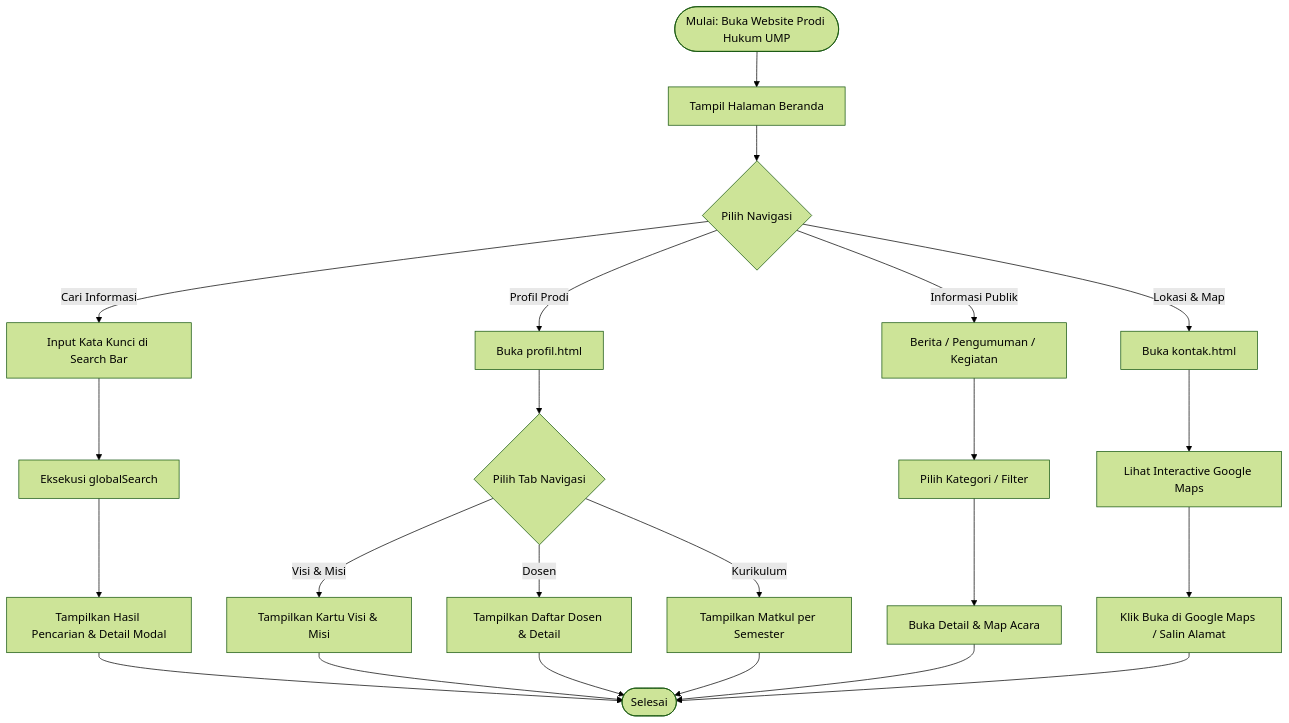
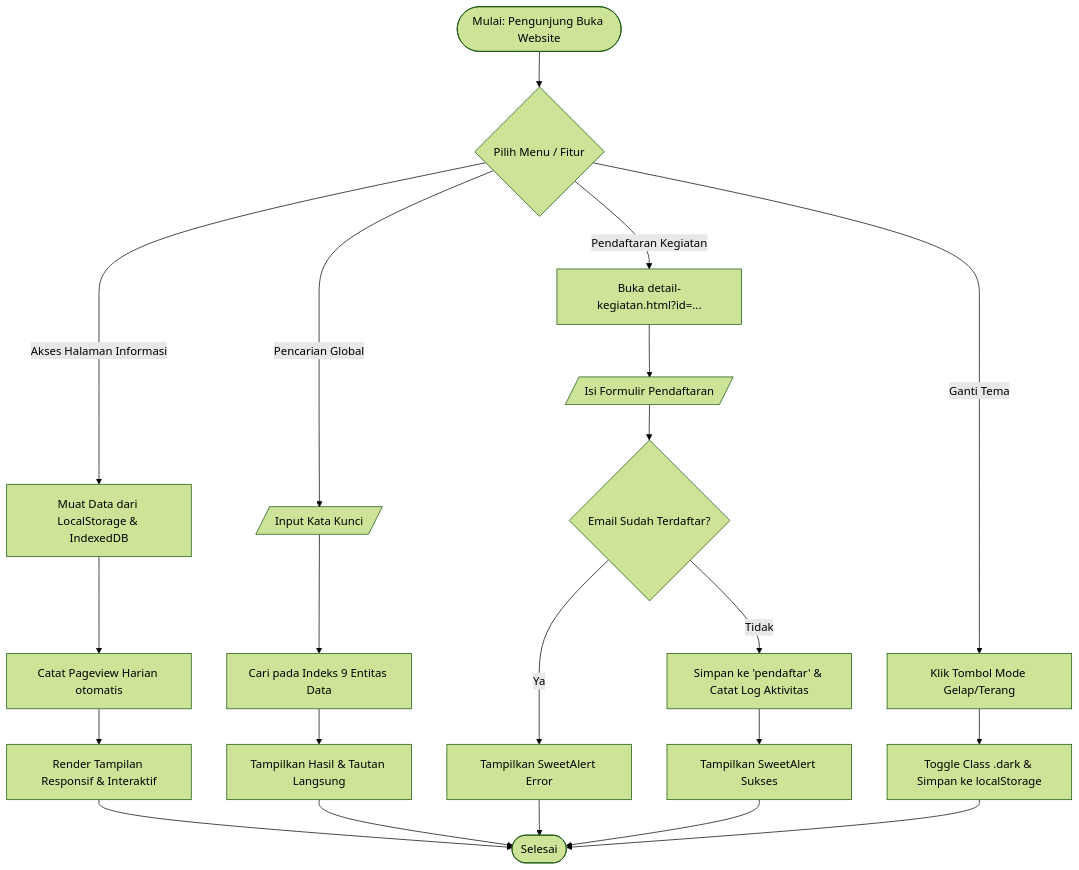
The fourth of 5 diagrams in README.md (ipo-rk/Perancangan-Dan-Pengembangan-website-profil-UMP-), drawn with Mermaid (forest theme) before and after one commit. The commit also changed other lines of this file and 40 other files, not shown here.

Commit message:
Perubahan dan penambahan Diagram Xml dan Mermaid.md

````diff
--- a/README.md
+++ b/README.md
@@ -405,30 +542,28 @@
 ```mermaid
 flowchart TD
-    Start([Mulai: Buka Website Prodi Hukum UMP]) --> Home[Tampil Halaman Beranda]
-    Home --> Choice{Pilih Navigasi}
+    P_Start([Mulai: Pengunjung Buka Website]) --> P_Choice{Pilih Menu / Fitur}
 
-    Choice -->|Cari Informasi| Search[Input Kata Kunci di Search Bar]
-    Search --> ExecuteSearch[Eksekusi globalSearch]
-    ExecuteSearch --> DisplayResults[Tampilkan Hasil Pencarian & Detail Modal]
+    P_Choice -->|Akses Halaman Informasi| P_Load[Muat Data dari LocalStorage & IndexedDB]
+    P_Load --> P_PV[Catat Pageview Harian otomatis]
+    P_PV --> P_Render[Render Tampilan Responsif & Interaktif]
 
-    Choice -->|Profil Prodi| Profil[Buka profil.html]
-    Profil --> TabChoice{Pilih Tab Navigasi}
-    TabChoice -->|Visi & Misi| ShowVisi[Tampilkan Kartu Visi & Misi]
-    TabChoice -->|Dosen| ShowDosen[Tampilkan Daftar Dosen & Detail]
-    TabChoice -->|Kurikulum| ShowKur[Tampilkan Matkul per Semester]
+    P_Choice -->|Pencarian Global| P_Search[/Input Kata Kunci/]
+    P_Search --> P_ExecSearch[Cari pada Indeks 9 Entitas Data]
+    P_ExecSearch --> P_RenderSearch[Tampilkan Hasil & Tautan Langsung]
 
-    Choice -->|Informasi Publik| Info[Berita / Pengumuman / Kegiatan]
-    Info --> FilterCat[Pilih Kategori / Filter]
-    FilterCat --> ViewDetail[Buka Detail & Map Acara]
+    P_Choice -->|Pendaftaran Kegiatan| P_OpenKeg[Buka detail-kegiatan.html?id=...]
+    P_OpenKeg --> P_FillKeg[/Isi Formulir Pendaftaran/]
+    P_FillKeg --> P_ValEmail{Email Sudah Terdaftar?}
+    P_ValEmail -- Ya --> P_ErrEmail[Tampilkan SweetAlert Error]
+    P_ValEmail -- Tidak --> P_SaveKeg[Simpan ke 'pendaftar' & Catat Log Aktivitas]
+    P_SaveKeg --> P_OkKeg[Tampilkan SweetAlert Sukses]
 
-    Choice -->|Lokasi & Map| Map[Buka kontak.html]
-    Map --> ViewMap[Lihat Interactive Google Maps]
-    ViewMap --> MapNav[Klik Buka di Google Maps / Salin Alamat]
+    P_Choice -->|Ganti Tema| P_ToggleDark[Klik Tombol Mode Gelap/Terang]
+    P_ToggleDark --> P_ApplyTheme[Toggle Class .dark & Simpan ke localStorage]
 
-    DisplayResults --> Finish([Selesai])
-    ShowVisi --> Finish
-    ShowDosen --> Finish
-    ShowKur --> Finish
-    ViewDetail --> Finish
-    MapNav --> Finish
+    P_Render --> P_End([Selesai])
+    P_RenderSearch --> P_End
+    P_ErrEmail --> P_End
+    P_OkKeg --> P_End
+    P_ApplyTheme --> P_End
 ```
````
